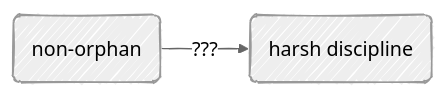
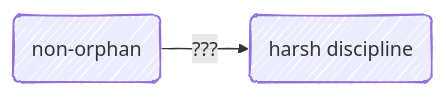
Before and after one commit to agrogan1/closeread: the diagram in orphan/diagrams.md, drawn with Mermaid.

````diff
--- a/orphan/diagrams.md
+++ b/orphan/diagrams.md
@@ -1,9 +1,9 @@
 ```mermaid
 ---
 config:
   look: handDrawn
-  theme: neutral
+  theme: default
 ---
 flowchart LR
   nonorphan(non-orphan) --> |"???"| harshdiscipline(harsh discipline)
 ```
````
